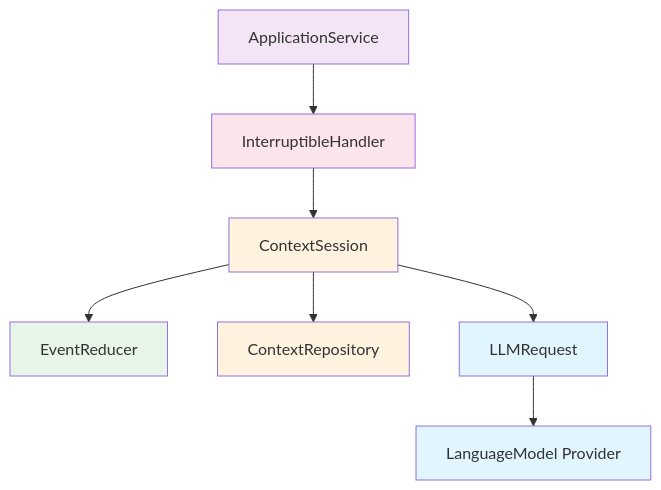
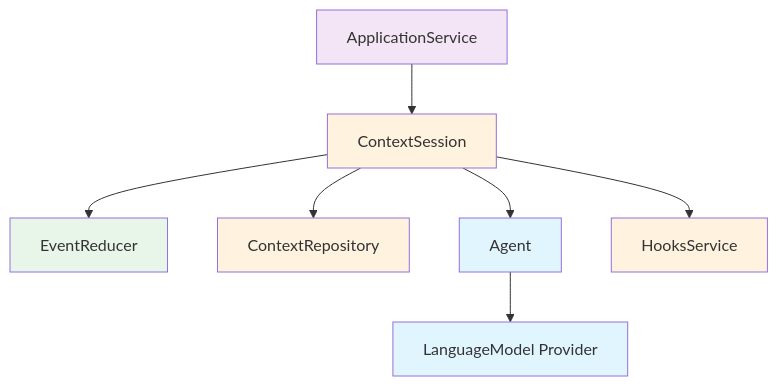
The second of 2 diagrams in docs/10-architecture-overview.md (iterate/mini-agent), drawn with Mermaid before and after one commit. The commit also changed other lines of this file and 5 other files, not shown here.

First line of the commit message:
Improve Effect Schema patterns and consolidate event types

````diff
--- a/docs/10-architecture-overview.md
+++ b/docs/10-architecture-overview.md
@@ -321,21 +300,19 @@
 ```mermaid
 graph TD
-    APP[ApplicationService] --> HANDLER[InterruptibleHandler]
-    HANDLER --> SESSION[ContextSession]
+    APP[ApplicationService] --> SESSION[ContextSession]
     SESSION --> REDUCER[EventReducer]
     SESSION --> REPO[ContextRepository]
-    SESSION --> LLM[LLMRequest]
-    LLM --> PROVIDER[LanguageModel Provider]
+    SESSION --> AGENT[Agent]
+    SESSION --> HOOKS[HooksService]
+    AGENT --> PROVIDER[LanguageModel Provider]
 
     classDef layer1 fill:#e1f5fe
     classDef layer2 fill:#e8f5e9
     classDef layer3 fill:#fff3e0
-    classDef layer4 fill:#fce4ec
-    classDef layer5 fill:#f3e5f5
+    classDef layer4 fill:#f3e5f5
 
-    class LLM,PROVIDER layer1
+    class AGENT,PROVIDER layer1
     class REDUCER layer2
-    class SESSION,REPO layer3
-    class HANDLER layer4
-    class APP layer5
+    class SESSION,REPO,HOOKS layer3
+    class APP layer4
 ```
````
